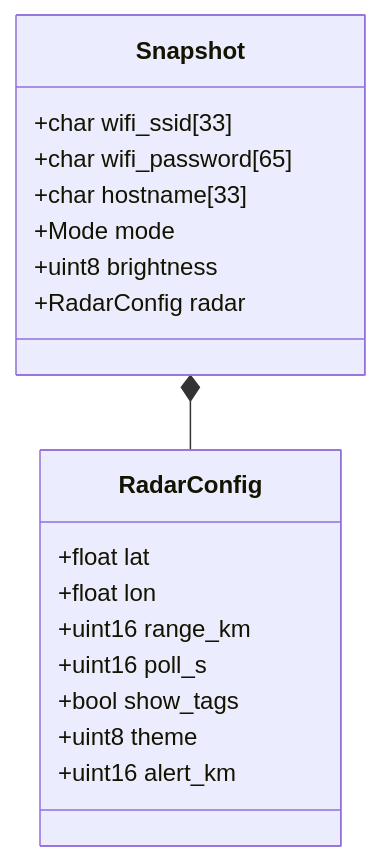
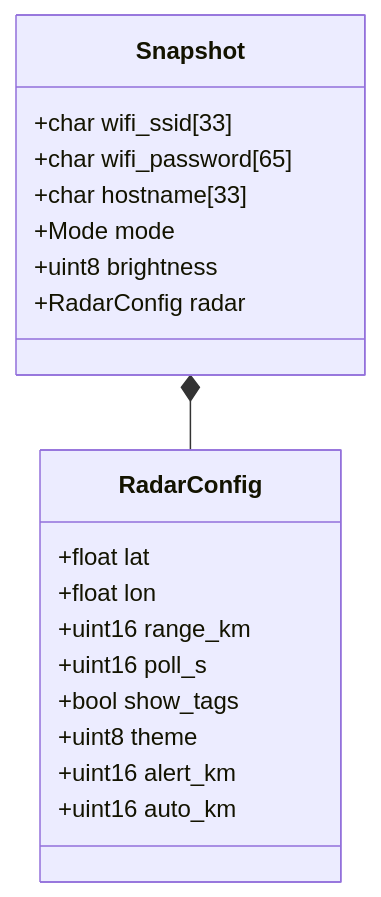
One commit to Krasnov777/esp32-sky-gauge changed the third of 8 diagrams in ARCHITECTURE.md. Above: the diagram before and after it, drawn with Mermaid. The commit also changed other lines of this file and 1 other file, not shown here.

Commit message:
Docs: OTA, rain nowcast, Auto mode + auto_km across README and ARCHITECTURE

````diff
--- a/ARCHITECTURE.md
+++ b/ARCHITECTURE.md
@@ -195,21 +195,22 @@
 ```mermaid
 classDiagram
   class Snapshot {
     +char wifi_ssid[33]
     +char wifi_password[65]
     +char hostname[33]
     +Mode mode
     +uint8 brightness
     +RadarConfig radar
   }
   class RadarConfig {
     +float lat
     +float lon
     +uint16 range_km
     +uint16 poll_s
     +bool show_tags
     +uint8 theme
     +uint16 alert_km
+    +uint16 auto_km
   }
   Snapshot *-- RadarConfig
 ```
````
